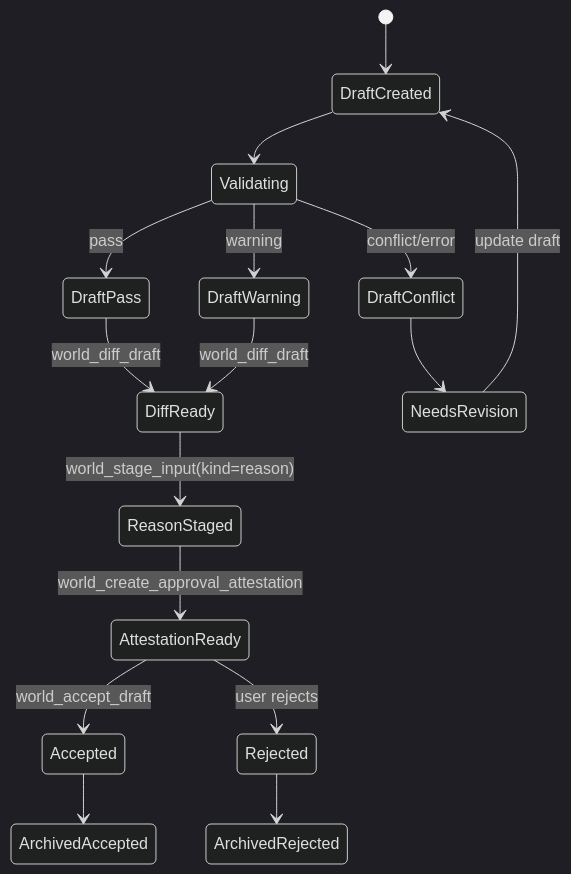
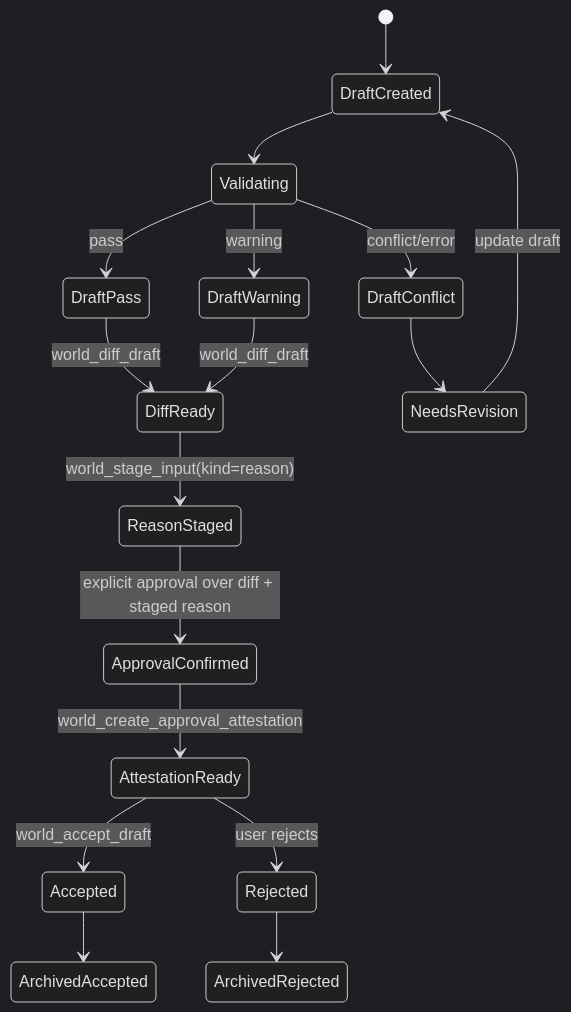
The fifth of 5 diagrams in docs/system-design.md (hoonzinope/world-building-harness), drawn with Mermaid (dark theme) before and after one commit. The commit also changed other lines of this file and 7 other files, not shown here.

````diff
--- a/docs/system-design.md
+++ b/docs/system-design.md
@@ -205,18 +206,19 @@
 ```mermaid
 stateDiagram-v2
     [*] --> DraftCreated
     DraftCreated --> Validating
     Validating --> DraftPass: pass
     Validating --> DraftWarning: warning
     Validating --> DraftConflict: conflict/error
     DraftPass --> DiffReady: world_diff_draft
     DraftWarning --> DiffReady: world_diff_draft
     DraftConflict --> NeedsRevision
     NeedsRevision --> DraftCreated: update draft
     DiffReady --> ReasonStaged: world_stage_input(kind=reason)
-    ReasonStaged --> AttestationReady: world_create_approval_attestation
+    ReasonStaged --> ApprovalConfirmed: explicit approval over diff + staged reason
+    ApprovalConfirmed --> AttestationReady: world_create_approval_attestation
     AttestationReady --> Accepted: world_accept_draft
     AttestationReady --> Rejected: user rejects
     Accepted --> ArchivedAccepted
     Rejected --> ArchivedRejected
 ```
````
